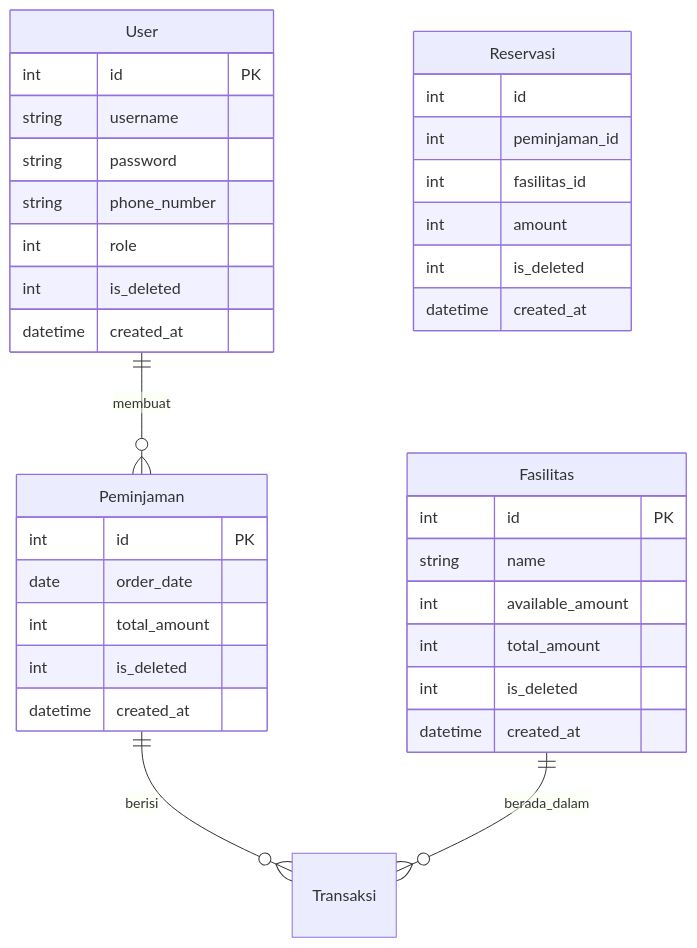
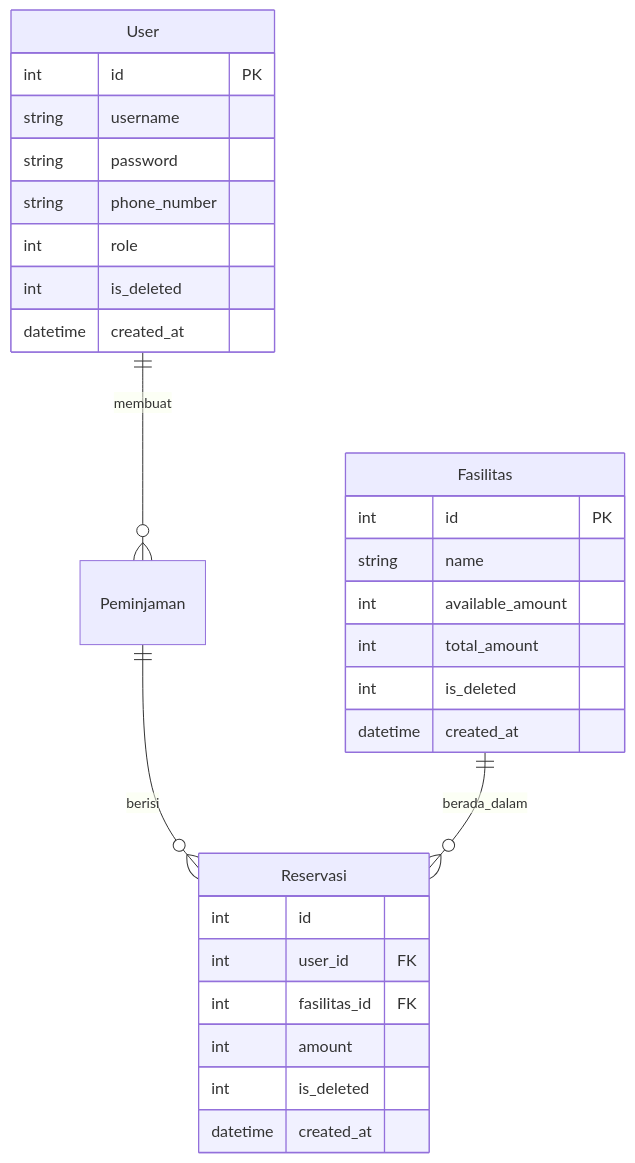
The diagram in README.md (dimcoord/Fasilitas), drawn with Mermaid before and after one commit. The commit also changed 5 other files, not shown here.

Commit message:
add reservasi, list fasilitas actions

````diff
--- a/README.md
+++ b/README.md
@@ -6,39 +6,32 @@
 ```mermaid
 erDiagram
     User {
         int id PK
         string username
         string password
         string phone_number
         int role
-        int is_deleted
-        datetime created_at
-    }
-    Peminjaman {
-        int id PK
-        date order_date
-        int total_amount
         int is_deleted
         datetime created_at
     }
     Fasilitas {
         int id PK
         string name
         int available_amount
         int total_amount
         int is_deleted
         datetime created_at
     }
     Reservasi {
         int id
-        int peminjaman_id
-        int fasilitas_id
+        int user_id FK
+        int fasilitas_id FK
         int amount
         int is_deleted
         datetime created_at
     }
     
     User ||--o{ Peminjaman : membuat
-    Peminjaman ||--o{ Transaksi : berisi
-    Fasilitas ||--o{ Transaksi : berada_dalam
+    Peminjaman ||--o{ Reservasi : berisi
+    Fasilitas ||--o{ Reservasi : berada_dalam
 ```
````
